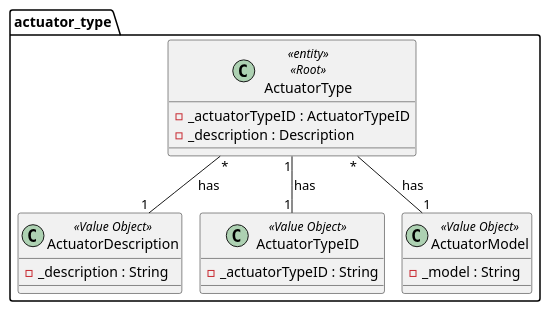
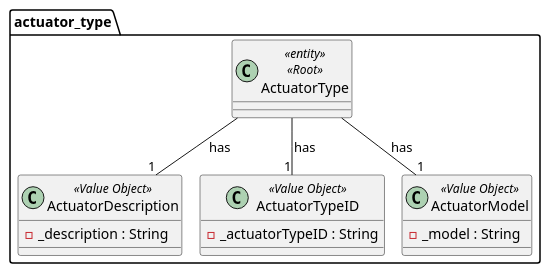
One commit to olivDiogo/SmartHome changed the diagram in docs/ooa/4.agreggateModels/ActuatorType.puml. Above: the diagram before and after it, drawn with PlantUML. The commit also changed 10 other files, not shown here.

```diff
--- a/docs/ooa/4.agreggateModels/ActuatorType.puml
+++ b/docs/ooa/4.agreggateModels/ActuatorType.puml
@@ -1,25 +1,23 @@
 @startuml
 !pragma layout smetana
 
 package actuator_type {
 class ActuatorType<<entity>><<Root>> {
-    - _actuatorTypeID : ActuatorTypeID
-    - _description : Description
 }
 
 class ActuatorDescription<<Value Object>> {
     - _description : String
 }
 class ActuatorTypeID<<Value Object>> {
     - _actuatorTypeID : String
 }
 class ActuatorModel<<Value Object>> {
     - _model : String
 }
 
-ActuatorType "*" -- "1" ActuatorDescription : has
-ActuatorType "1" -- "1" ActuatorTypeID : has
-ActuatorType "*" -- "1" ActuatorModel : has
+ActuatorType  -- "1" ActuatorDescription : has
+ActuatorType  -- "1" ActuatorTypeID : has
+ActuatorType  -- "1" ActuatorModel : has
 }
 
 @enduml
```
